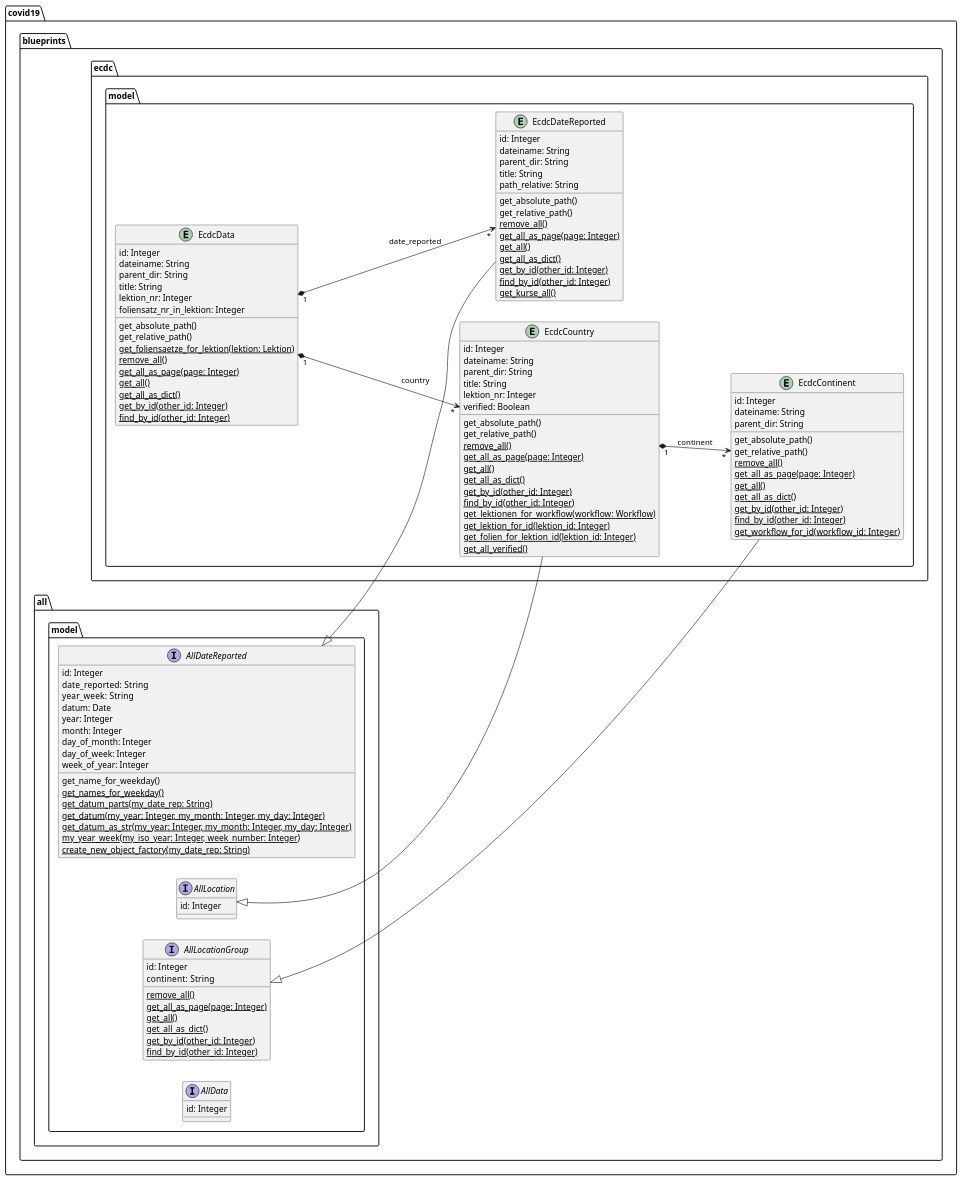
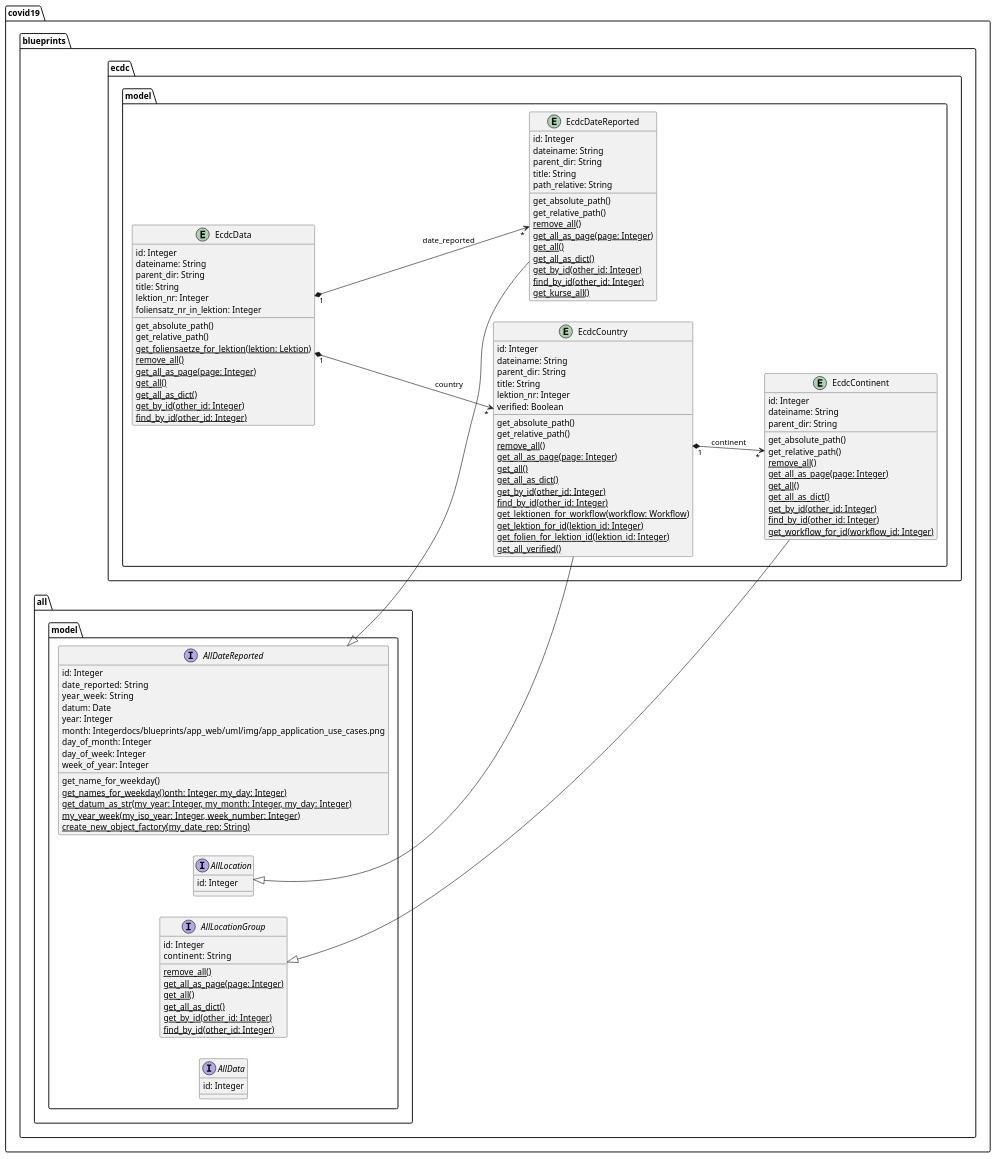
One commit to thomaswoehlke/flask_covid19 changed the diagram in docs/blueprints/data_ecdc/uml/ecdc_domain_model_star_schmema.puml. Above: the diagram before and after it, drawn with PlantUML. The commit also changed 14 other files, not shown here.

```diff
--- a/docs/blueprints/data_ecdc/uml/ecdc_domain_model_star_schmema.puml
+++ b/docs/blueprints/data_ecdc/uml/ecdc_domain_model_star_schmema.puml
@@ -1,128 +1,126 @@
 @startuml
 left to right direction
 
 package covid19.blueprints.all.model {
 
 	interface AllDateReported {
 	    id: Integer
 		date_reported:  String
 	    year_week:  String
 	    datum: Date
 	    year: Integer
-	    month: Integer
+	    month: Integerdocs/blueprints/app_web/uml/img/app_application_use_cases.png
 	    day_of_month: Integer
 	    day_of_week: Integer
 	    week_of_year: Integer
 		get_name_for_weekday()
-		{classifier} get_names_for_weekday()
-		{classifier} get_datum_parts(my_date_rep: String)
-		{classifier} get_datum(my_year: Integer, my_month: Integer, my_day: Integer)
+		{classifier} get_names_for_weekday()onth: Integer, my_day: Integer)
 		{classifier} get_datum_as_str(my_year: Integer, my_month: Integer, my_day: Integer)
 		{classifier} my_year_week(my_iso_year: Integer, week_number: Integer)
 		{classifier} create_new_object_factory(my_date_rep: String)
 	}
 
 	interface AllLocationGroup {
 	    id: Integer
 	    continent:  String
 	    {classifier} remove_all()
 	    {classifier} get_all_as_page(page: Integer)
 	    {classifier} get_all()
 	    {classifier} get_all_as_dict()
 	    {classifier} get_by_id(other_id: Integer)
 	    {classifier} find_by_id(other_id: Integer)
 	}
 
 	interface AllLocation {
 	    id: Integer
     }
 
 	interface AllData {
 	    id: Integer
 	}
 
 }
 
 package covid19.blueprints.ecdc.model {
 
 	entity EcdcDateReported {
 	    id: Integer
 	    dateiname: String
 	    parent_dir: String
 	    title: String
 	    path_relative: String
 	    get_absolute_path()
 	    get_relative_path()
 	    {classifier} remove_all()
 	    {classifier} get_all_as_page(page: Integer)
 	    {classifier} get_all()
 	    {classifier} get_all_as_dict()
 	    {classifier} get_by_id(other_id: Integer)
 	    {classifier} find_by_id(other_id: Integer)
 	    {classifier} get_kurse_all()
 	}
 
 	entity EcdcContinent {
 	    id: Integer
 	    dateiname: String
 	    parent_dir: String
 	    get_absolute_path()
 	    get_relative_path()
 	    {classifier} remove_all()
 	    {classifier} get_all_as_page(page: Integer)
 	    {classifier} get_all()
 	    {classifier} get_all_as_dict()
 	    {classifier} get_by_id(other_id: Integer)
 	    {classifier} find_by_id(other_id: Integer)
 	    {classifier} get_workflow_for_id(workflow_id: Integer)
 	}
 
 	entity EcdcCountry {
 	    id: Integer
 	    dateiname: String
 	    parent_dir: String
 	    title: String
 	    lektion_nr: Integer
 	    verified: Boolean
 	    get_absolute_path()
 	    get_relative_path()
 	    {classifier} remove_all()
 	    {classifier} get_all_as_page(page: Integer)
 	    {classifier} get_all()
 	    {classifier} get_all_as_dict()
 	    {classifier} get_by_id(other_id: Integer)
 	    {classifier} find_by_id(other_id: Integer)
 	    {classifier} get_lektionen_for_workflow(workflow: Workflow)
 	    {classifier} get_lektion_for_id(lektion_id: Integer)
 	    {classifier} get_folien_for_lektion_id(lektion_id: Integer)
 	    {classifier} get_all_verified()
 	}
 
 	entity EcdcData {
 	    id: Integer
 	    dateiname: String
 	    parent_dir: String
 	    title: String
 	    lektion_nr: Integer
 	    foliensatz_nr_in_lektion: Integer
 	    get_absolute_path()
 	    get_relative_path()
 	    {classifier} get_foliensaetze_for_lektion(lektion: Lektion)
 	    {classifier} remove_all()
 	    {classifier} get_all_as_page(page: Integer)
 	    {classifier} get_all()
 	    {classifier} get_all_as_dict()
 	    {classifier} get_by_id(other_id: Integer)
 	    {classifier} find_by_id(other_id: Integer)
 	}
 }
 
 AllDateReported <|-- EcdcDateReported
 AllLocationGroup <|-- EcdcContinent
 AllLocation <|-- EcdcCountry
 
 EcdcCountry "1" *--> "*" EcdcContinent: continent
 EcdcData "1" *--> "*" EcdcCountry: country
 EcdcData "1" *--> "*" EcdcDateReported: date_reported
 
 @enduml
```
